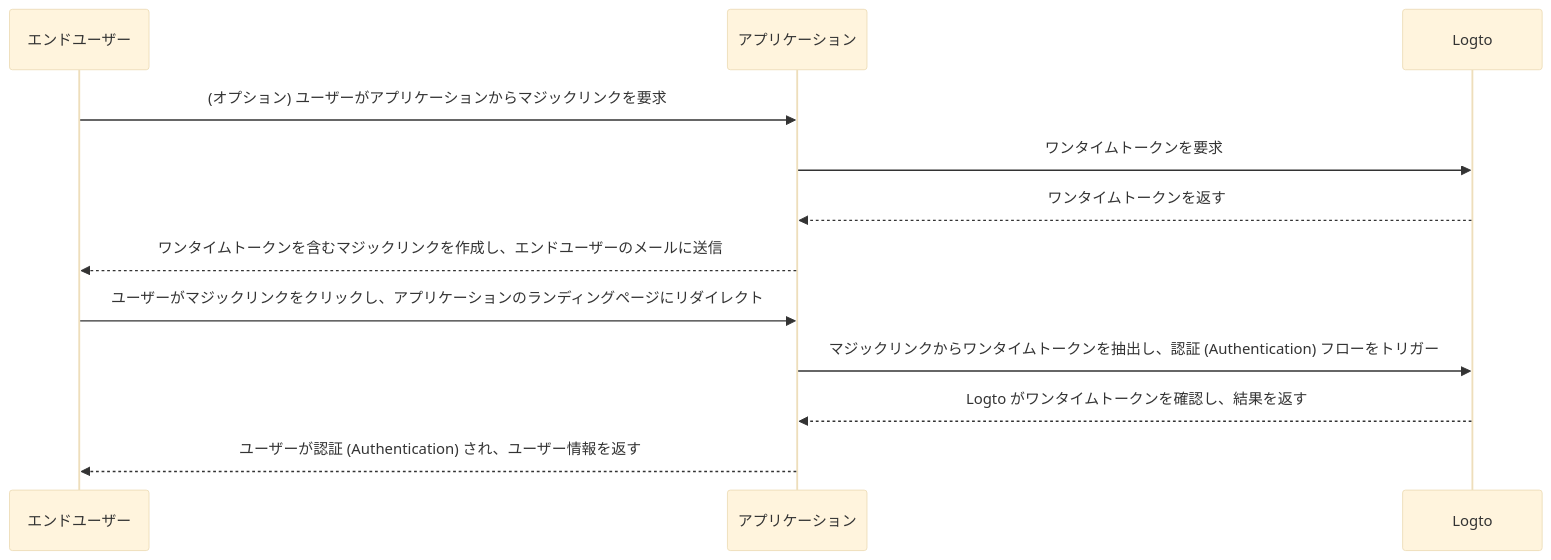
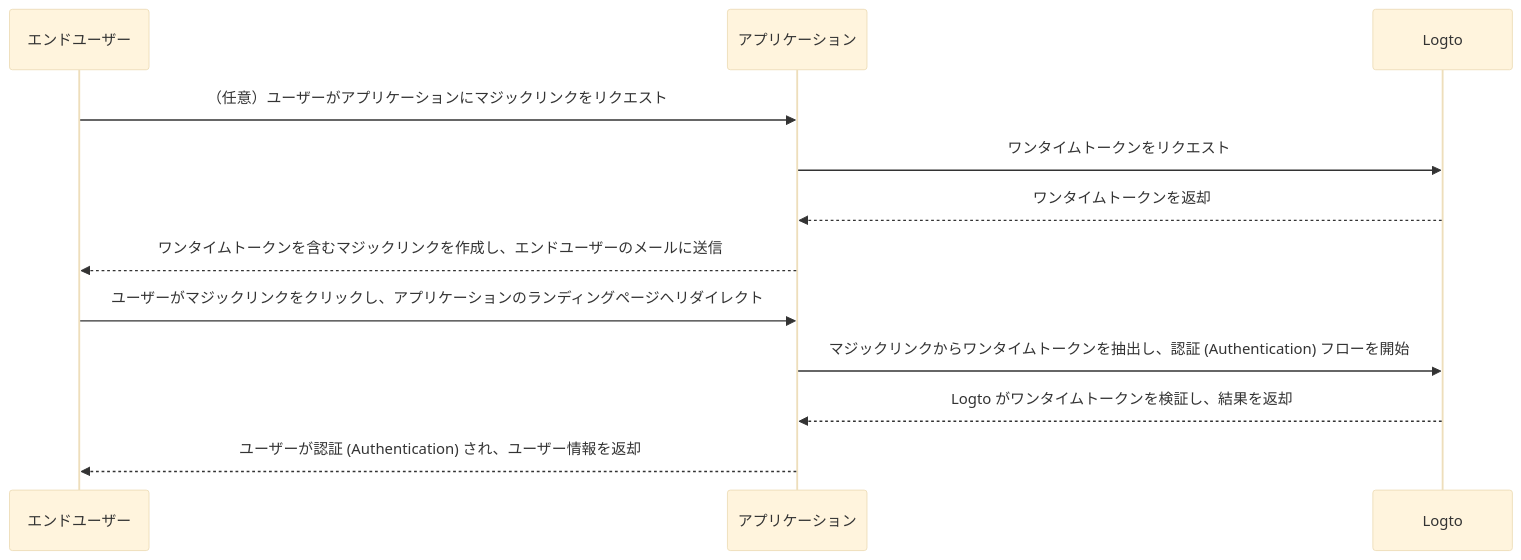
Before and after one commit to logto-io/docs: the diagram in i18n/ja/docusaurus-plugin-content-docs/current/end-user-flows/one-time-token.mdx, drawn with Mermaid (base theme). The commit also changed other lines of this file and 233 other files, not shown here.

````diff
--- a/i18n/ja/docusaurus-plugin-content-docs/current/end-user-flows/one-time-token.mdx
+++ b/i18n/ja/docusaurus-plugin-content-docs/current/end-user-flows/one-time-token.mdx
@@ -24,15 +24,15 @@
 ```mermaid
 sequenceDiagram
   participant U as エンドユーザー
   participant C as アプリケーション
   participant L as Logto
 
-  U ->> C: (オプション) ユーザーがアプリケーションからマジックリンクを要求
-  C ->> L: ワンタイムトークンを要求
-  L -->> C: ワンタイムトークンを返す
+  U ->> C: （任意）ユーザーがアプリケーションにマジックリンクをリクエスト
+  C ->> L: ワンタイムトークンをリクエスト
+  L -->> C: ワンタイムトークンを返却
   C -->> U: ワンタイムトークンを含むマジックリンクを作成し、エンドユーザーのメールに送信
-  U ->> C: ユーザーがマジックリンクをクリックし、アプリケーションのランディングページにリダイレクト
-  C ->> L: マジックリンクからワンタイムトークンを抽出し、認証 (Authentication) フローをトリガー
-  L -->> C: Logto がワンタイムトークンを確認し、結果を返す
-  C -->> U: ユーザーが認証 (Authentication) され、ユーザー情報を返す
+  U ->> C: ユーザーがマジックリンクをクリックし、アプリケーションのランディングページへリダイレクト
+  C ->> L: マジックリンクからワンタイムトークンを抽出し、認証 (Authentication) フローを開始
+  L -->> C: Logto がワンタイムトークンを検証し、結果を返却
+  C -->> U: ユーザーが認証 (Authentication) され、ユーザー情報を返却
 ```
````
